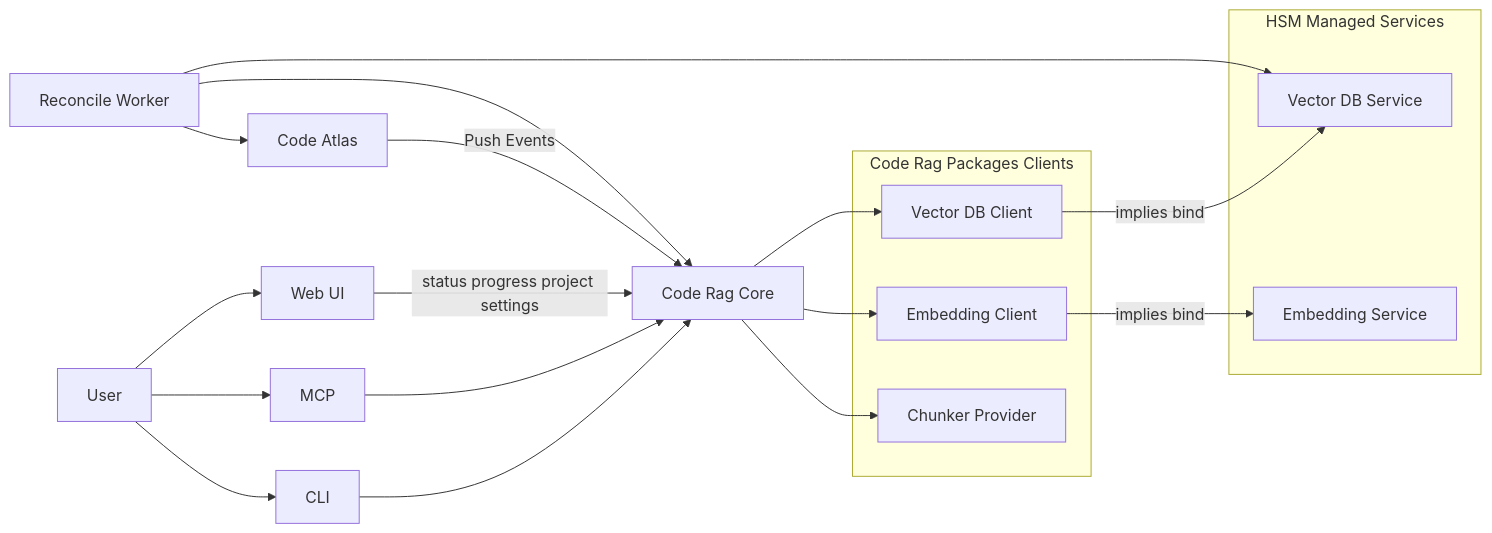
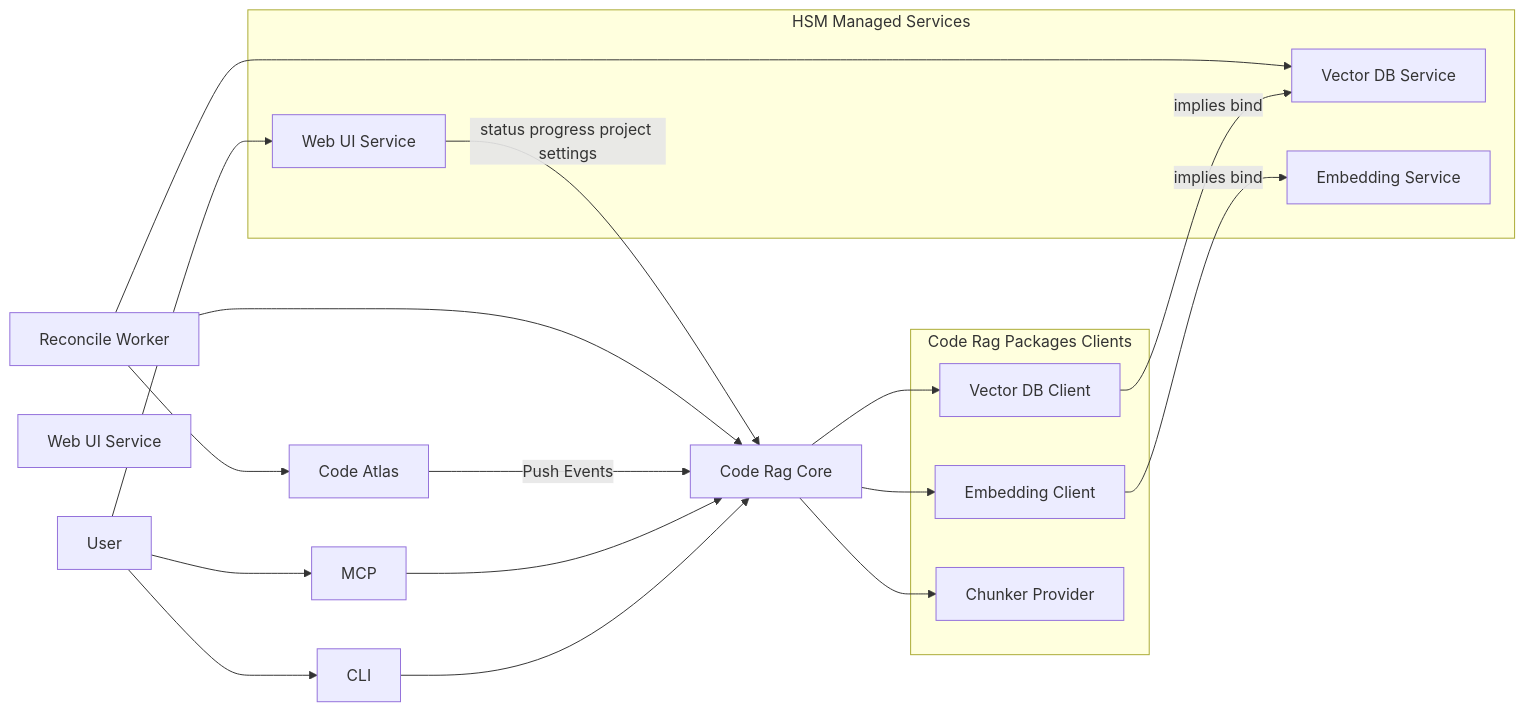
One commit to tools4agents/code-rag changed the diagram in docs/architecture.md. Above: the diagram before and after it, drawn with Mermaid. The commit also changed other lines of this file and 14 other files, not shown here.

First line of the commit message:
docs(architecture): finalize stage 2 specification and contracts

````diff
--- a/docs/architecture.md
+++ b/docs/architecture.md
@@ -57,38 +68,39 @@
 ```mermaid
 flowchart LR
     User[User]
     CLI[CLI]
     MCP[MCP]
-    WebUI[Web UI]
+    WebUI[Web UI Service]
     Atlas[Code Atlas]
     Core[Code Rag Core]
 
     subgraph Clients[Code Rag Packages Clients]
         VClient[Vector DB Client]
         EClient[Embedding Client]
         CProvider[Chunker Provider]
     end
 
     subgraph Runtime[HSM Managed Services]
         VService[Vector DB Service]
         EService[Embedding Service]
+        WebUIRuntime[Web UI Service]
     end
 
     Reconcile[Reconcile Worker]
 
     User --> CLI
     User --> MCP
-    User --> WebUI
+    User --> WebUIRuntime
     CLI --> Core
     MCP --> Core
-    WebUI -->|status progress project settings| Core
+    WebUIRuntime -->|status progress project settings| Core
     Atlas -->|Push Events| Core
     Core --> VClient
     Core --> EClient
     Core --> CProvider
     VClient -->|implies bind| VService
     EClient -->|implies bind| EService
     Reconcile --> Core
     Reconcile --> VService
     Reconcile --> Atlas
 ```
````
